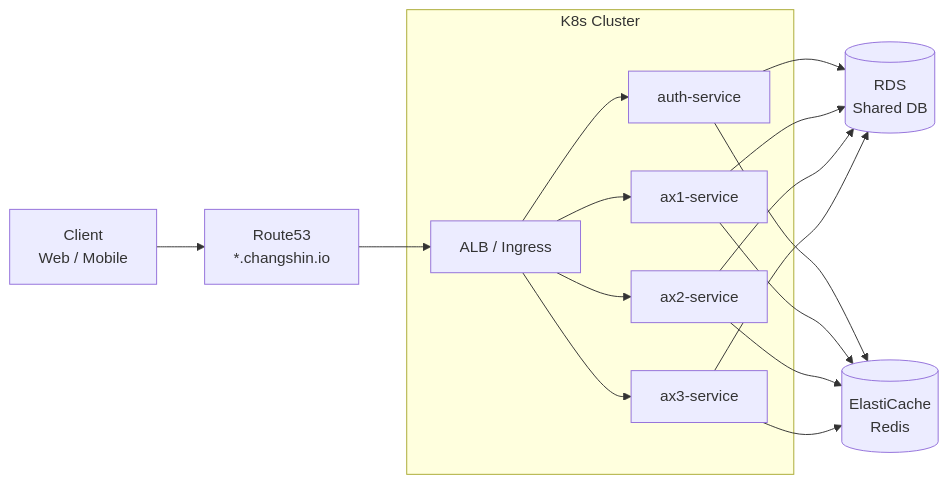
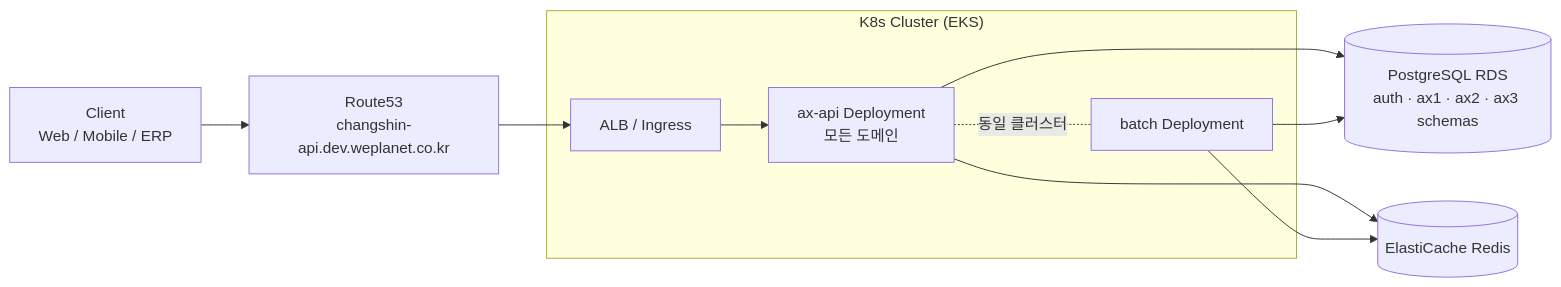
The first of 2 diagrams in ChangShin/Infrastructure/10 - Architecture.md (hakseon-yoo/obsidian-memories), drawn with Mermaid before and after one commit. The commit also changed other lines of this file and 16 other files, not shown here.

````diff
--- a/ChangShin/Infrastructure/10 - Architecture.md
+++ b/ChangShin/Infrastructure/10 - Architecture.md
@@ -83,22 +84,15 @@
 ```mermaid
 flowchart LR
-  Client[Client<br/>Web / Mobile] --> DNS[Route53<br/>*.changshin.io]
+  Client[Client<br/>Web / Mobile / ERP] --> DNS[Route53<br/>changshin-api.dev.weplanet.co.kr]
   DNS --> ALB[ALB / Ingress]
 
-  subgraph Cluster["K8s Cluster"]
-    ALB --> AuthSvc[auth-service]
-    ALB --> AX1Svc[ax1-service]
-    ALB --> AX2Svc[ax2-service]
-    ALB --> AX3Svc[ax3-service]
+  subgraph Cluster["K8s Cluster (EKS)"]
+    ALB --> AxApi[ax-api Deployment<br/>모든 도메인]
+    AxApi -. 동일 클러스터 .- Batch[batch Deployment]
   end
 
-  AuthSvc --> DB[(RDS<br/>Shared DB)]
-  AX1Svc --> DB
-  AX2Svc --> DB
-  AX3Svc --> DB
-
-  AuthSvc --> Redis[(ElastiCache<br/>Redis)]
-  AX1Svc --> Redis
-  AX2Svc --> Redis
-  AX3Svc --> Redis
+  AxApi --> DB[(PostgreSQL RDS<br/>auth · ax1 · ax2 · ax3 schemas)]
+  Batch --> DB
+  AxApi --> Redis[(ElastiCache Redis)]
+  Batch --> Redis
 ```
````
